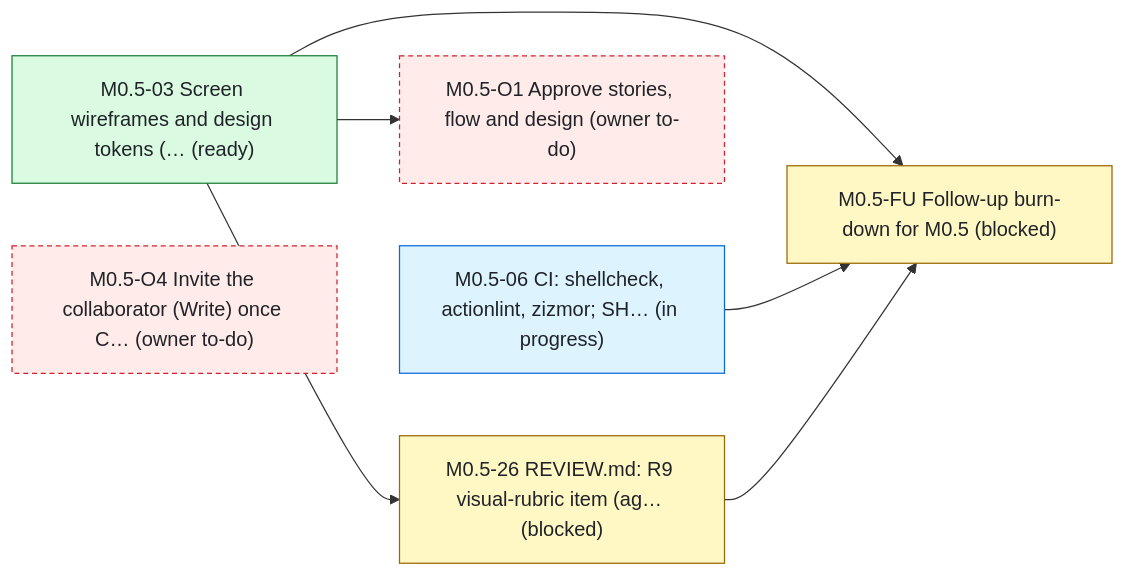
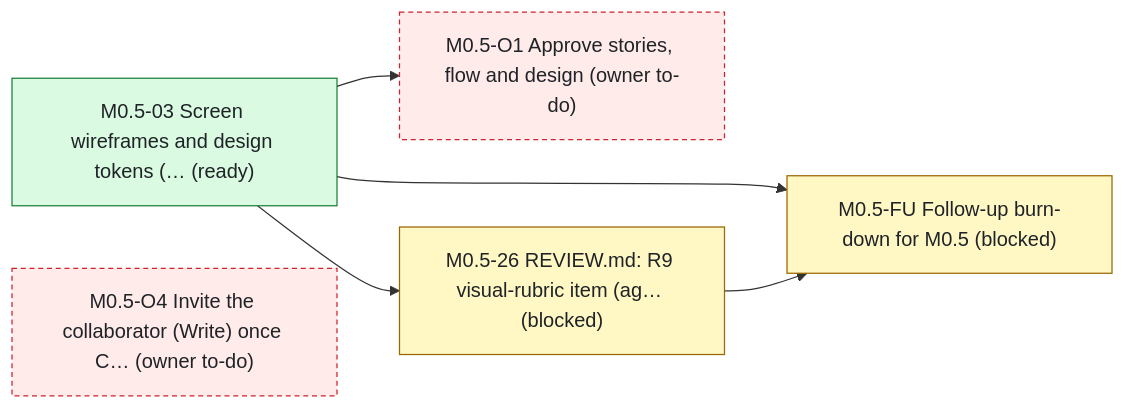
Before and after one commit to bondo/listicles2: the first of 2 diagrams in status.md, drawn with Mermaid. The commit also changed other lines of this file and 2 other files, not shown here.

Commit message:
status: update

````diff
--- a/status.md
+++ b/status.md
@@ -108,19 +108,17 @@
 ```mermaid
 flowchart LR
     n0["M0.5-03 Screen wireframes and design tokens (… (ready)"]:::ready
-    n1["M0.5-06 CI: shellcheck, actionlint, zizmor#59; SH… (in progress)"]:::progress
-    n2["M0.5-FU Follow-up burn-down for M0.5 (blocked)"]:::blocked
-    n3["M0.5-O1 Approve stories, flow and design (owner to-do)"]:::owner
-    n4["M0.5-26 REVIEW.md: R9 visual-rubric item (ag… (blocked)"]:::blocked
-    n5["M0.5-O4 Invite the collaborator (Write) once C… (owner to-do)"]:::owner
+    n1["M0.5-FU Follow-up burn-down for M0.5 (blocked)"]:::blocked
+    n2["M0.5-O1 Approve stories, flow and design (owner to-do)"]:::owner
+    n3["M0.5-26 REVIEW.md: R9 visual-rubric item (ag… (blocked)"]:::blocked
+    n4["M0.5-O4 Invite the collaborator (Write) once C… (owner to-do)"]:::owner
+    n0 --> n1
+    n3 --> n1
     n0 --> n2
-    n1 --> n2
-    n4 --> n2
     n0 --> n3
-    n0 --> n4
     classDef ready fill:#dafbe1,stroke:#1a7f37,color:#1f2328
     classDef progress fill:#ddf4ff,stroke:#0969da,color:#1f2328
     classDef blocked fill:#fff8c5,stroke:#9a6700,color:#1f2328
     classDef owner fill:#ffebe9,stroke:#cf222e,color:#1f2328,stroke-dasharray:4 3
     classDef ext fill:#eaeef2,stroke:#59636e,color:#1f2328,stroke-dasharray:2 2
 ```
````
